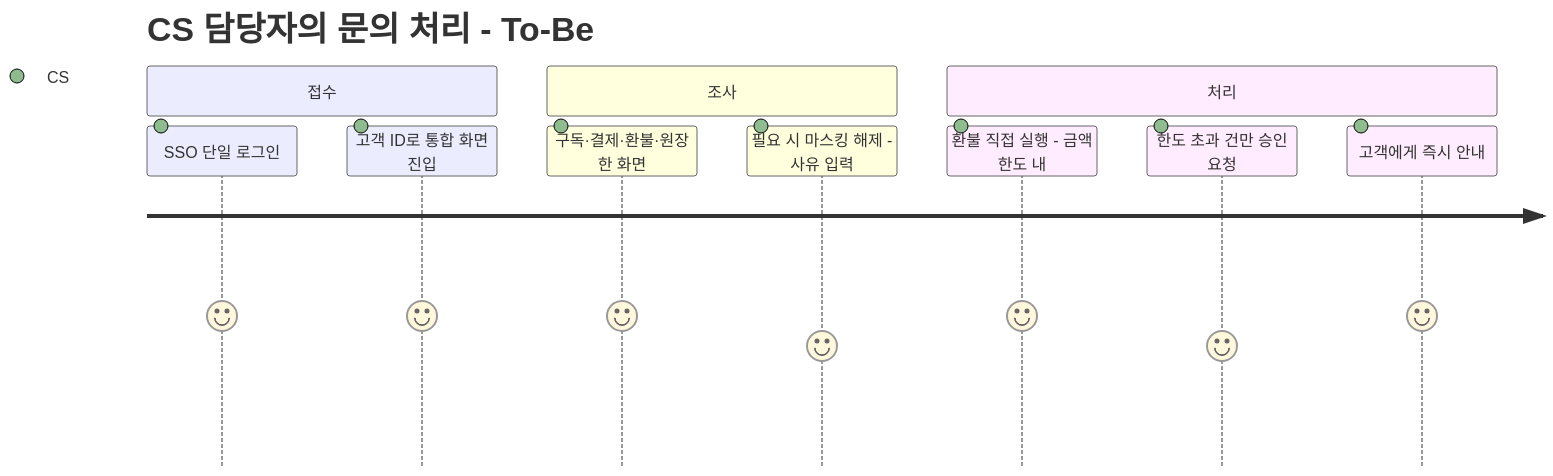
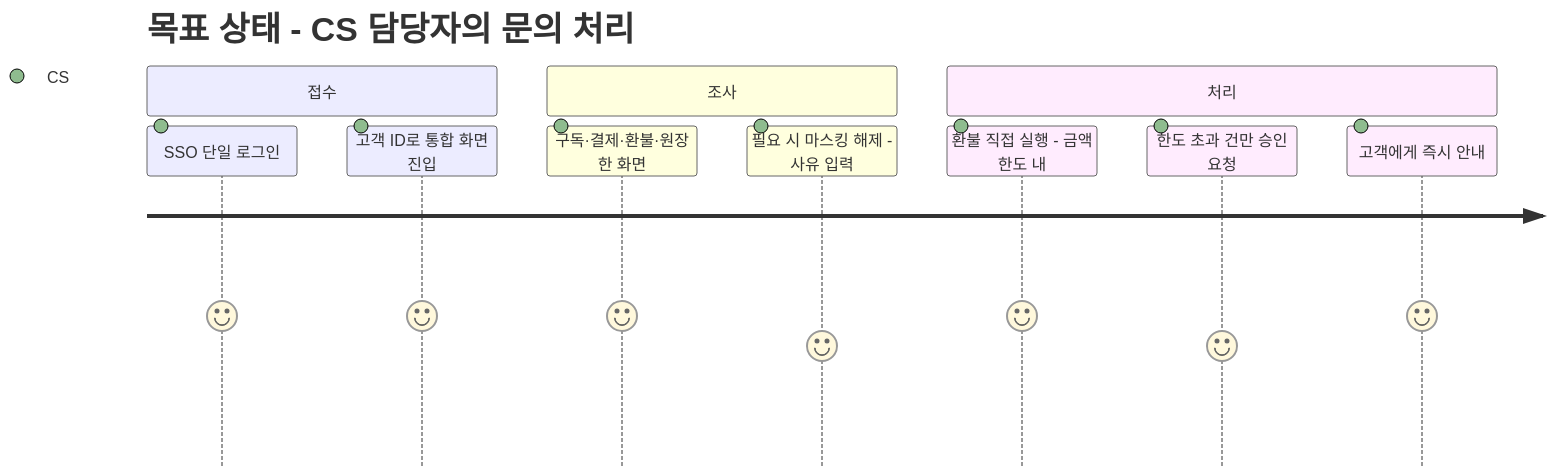
One commit to withwooyong/withwooyong.github.io changed the eighth of 13 diagrams in pages/product-lead-loadmap/03_공통어드민.md. Above: the diagram before and after it, drawn with Mermaid. The commit also changed other lines of this file and 16 other files, not shown here.

````diff
--- a/pages/product-lead-loadmap/03_공통어드민.md
+++ b/pages/product-lead-loadmap/03_공통어드민.md
@@ -832,14 +711,14 @@
 ```mermaid
 journey
-    title CS 담당자의 문의 처리 - To-Be
+    title 목표 상태 - CS 담당자의 문의 처리
     section 접수
       SSO 단일 로그인: 5: CS
       고객 ID로 통합 화면 진입: 5: CS
     section 조사
       구독·결제·환불·원장 한 화면: 5: CS
       필요 시 마스킹 해제 - 사유 입력: 4: CS
     section 처리
       환불 직접 실행 - 금액 한도 내: 5: CS
       한도 초과 건만 승인 요청: 4: CS
       고객에게 즉시 안내: 5: CS
 ```
````
